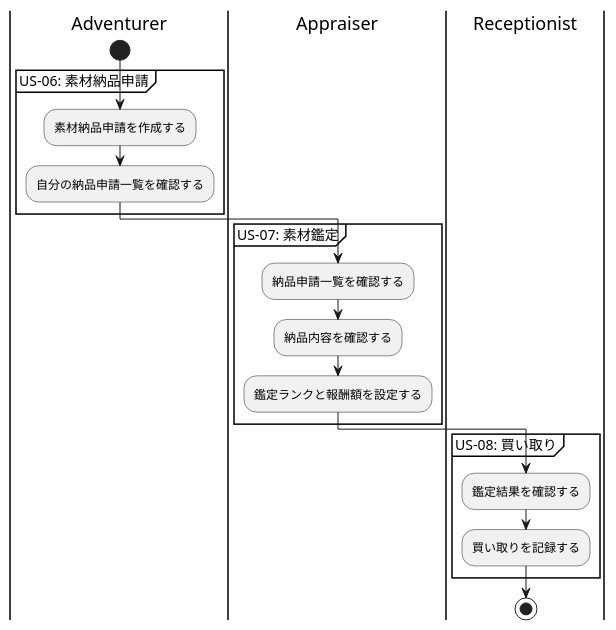
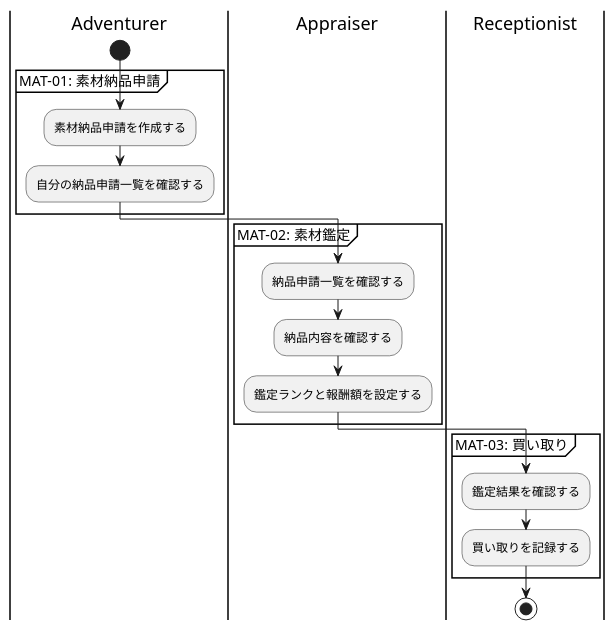
The second of 2 diagrams in docs/isekai-quest-agency.adoc (kazurego7/isekai-quest-agency), drawn with PlantUML before and after one commit. The commit also changed other lines of this file, not shown here.

```diff
--- a/docs/isekai-quest-agency.adoc
+++ b/docs/isekai-quest-agency.adoc
@@ -169,27 +190,27 @@
 [plantuml, target="story-swimlane-material", format="svg"]
 ----
 @startuml
 ' アクティビティ図＋スイムレーン（partition）＋ group で枠を定義
 
 |Adventurer|
 start
-group US-06: 素材納品申請
+group MAT-01: 素材納品申請
   :素材納品申請を作成する;
   :自分の納品申請一覧を確認する;
 end group
 
 |Appraiser|
-group US-07: 素材鑑定
+group MAT-02: 素材鑑定
   :納品申請一覧を確認する;
   :納品内容を確認する;
   :鑑定ランクと報酬額を設定する;
 end group
 
 |Receptionist|
-group US-08: 買い取り
+group MAT-03: 買い取り
   :鑑定結果を確認する;
   :買い取りを記録する;
 end group
 stop
 @enduml
 ----
```
